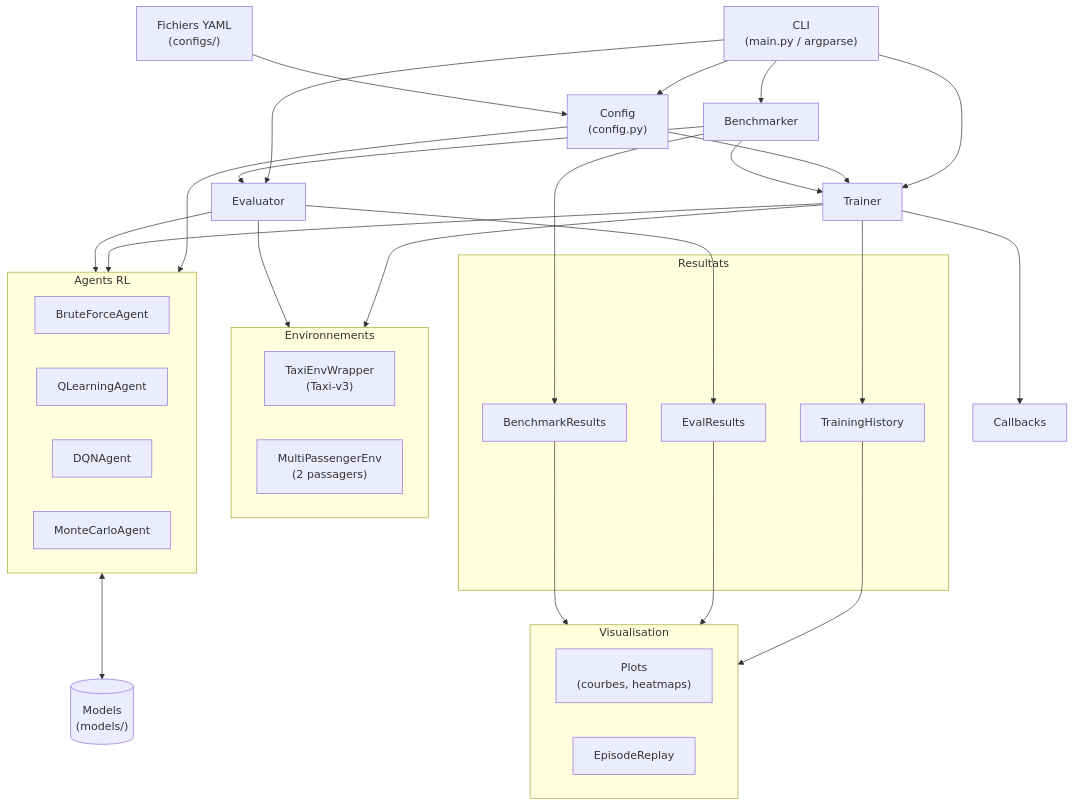
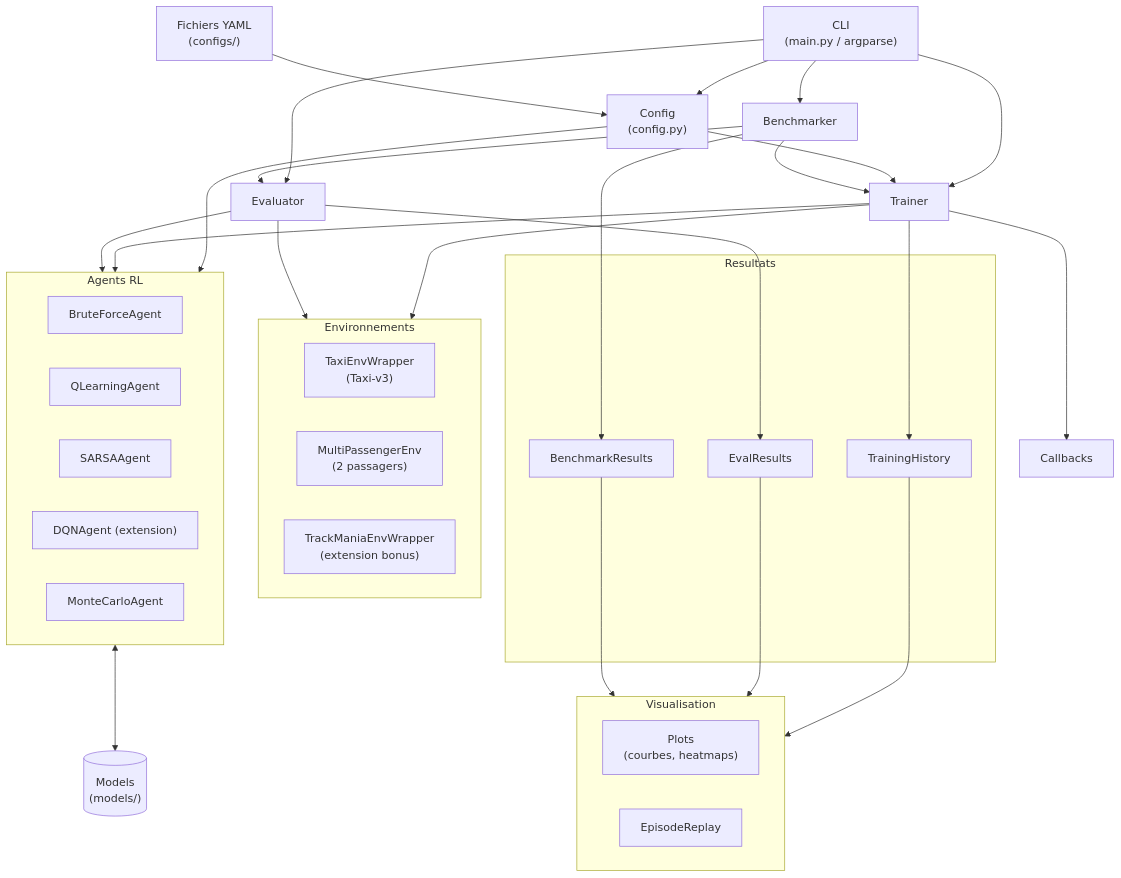
The sixth of 6 diagrams in docs/ARCHITECTURE.md (T-AIA-902-Taxi-Driver/Taxi-Driver), drawn with Mermaid before and after one commit. The commit also changed other lines of this file and 4 other files, not shown here.

````diff
--- a/docs/ARCHITECTURE.md
+++ b/docs/ARCHITECTURE.md
@@ -591,64 +629,66 @@
 ```mermaid
 flowchart TB
     CLI["CLI<br/>(main.py / argparse)"]
     CFG["Config<br/>(config.py)"]
     YAML["Fichiers YAML<br/>(configs/)"]
 
     subgraph Agents["Agents RL"]
         BF["BruteForceAgent"]
         QL["QLearningAgent"]
-        DQN["DQNAgent"]
+        SARSA["SARSAAgent"]
+        DQN["DQNAgent (extension)"]
         MC["MonteCarloAgent"]
     end
 
     subgraph Envs["Environnements"]
         TAXI["TaxiEnvWrapper<br/>(Taxi-v3)"]
         MULTI["MultiPassengerEnv<br/>(2 passagers)"]
+        TM["TrackManiaEnvWrapper<br/>(extension bonus)"]
     end
 
     TR["Trainer"]
     EV["Evaluator"]
     BM["Benchmarker"]
     CB["Callbacks"]
 
     subgraph Results["Resultats"]
         TH["TrainingHistory"]
         ER["EvalResults"]
         BR["BenchmarkResults"]
     end
 
     subgraph Viz["Visualisation"]
         PLOTS["Plots<br/>(courbes, heatmaps)"]
         REPLAY["EpisodeReplay"]
     end
 
     MODELS[("Models<br/>(models/)")]
 
     CLI --> CFG
     YAML --> CFG
     CLI --> TR
     CLI --> EV
     CLI --> BM
 
     CFG --> TR
     CFG --> Agents
 
     TR --> Agents
     TR --> Envs
     TR --> CB
     TR --> TH
 
     EV --> Agents
     EV --> Envs
     EV --> ER
 
     BM --> TR
     BM --> EV
     BM --> BR
 
     TH --> Viz
     ER --> Viz
     BR --> Viz
 
     Agents <--> MODELS
 ```
````
